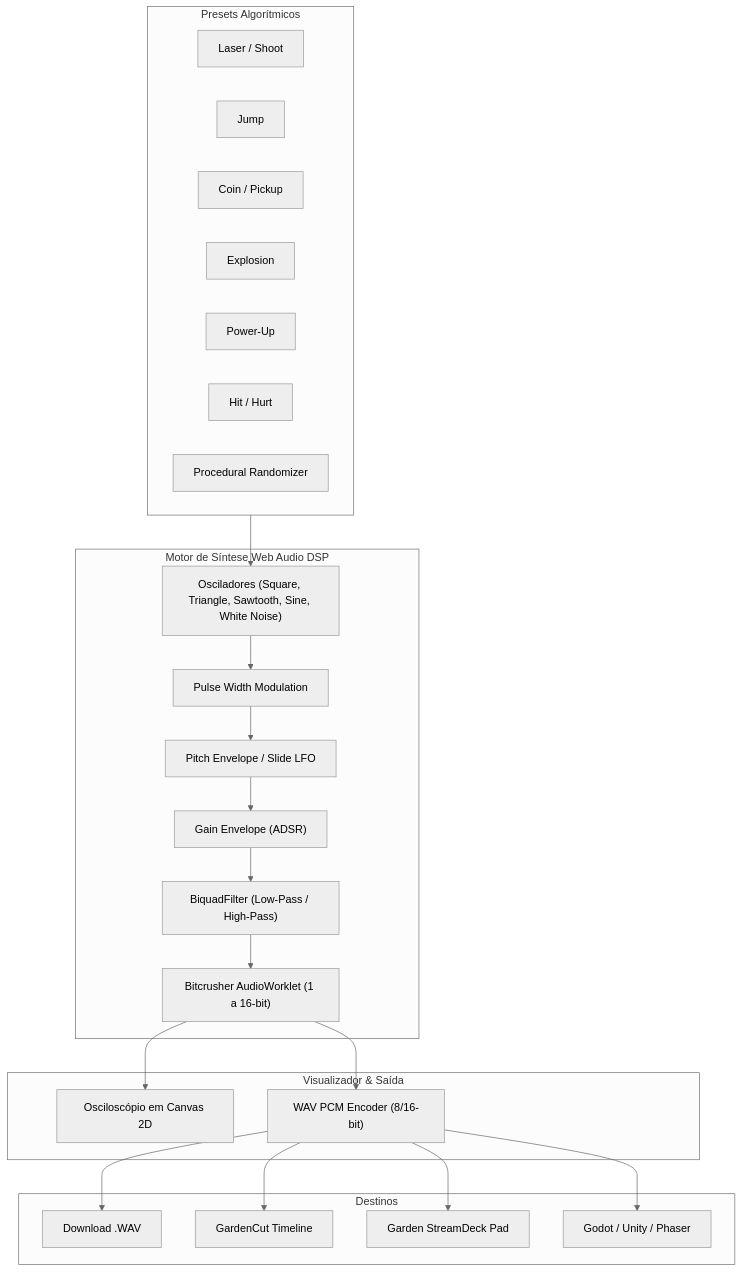
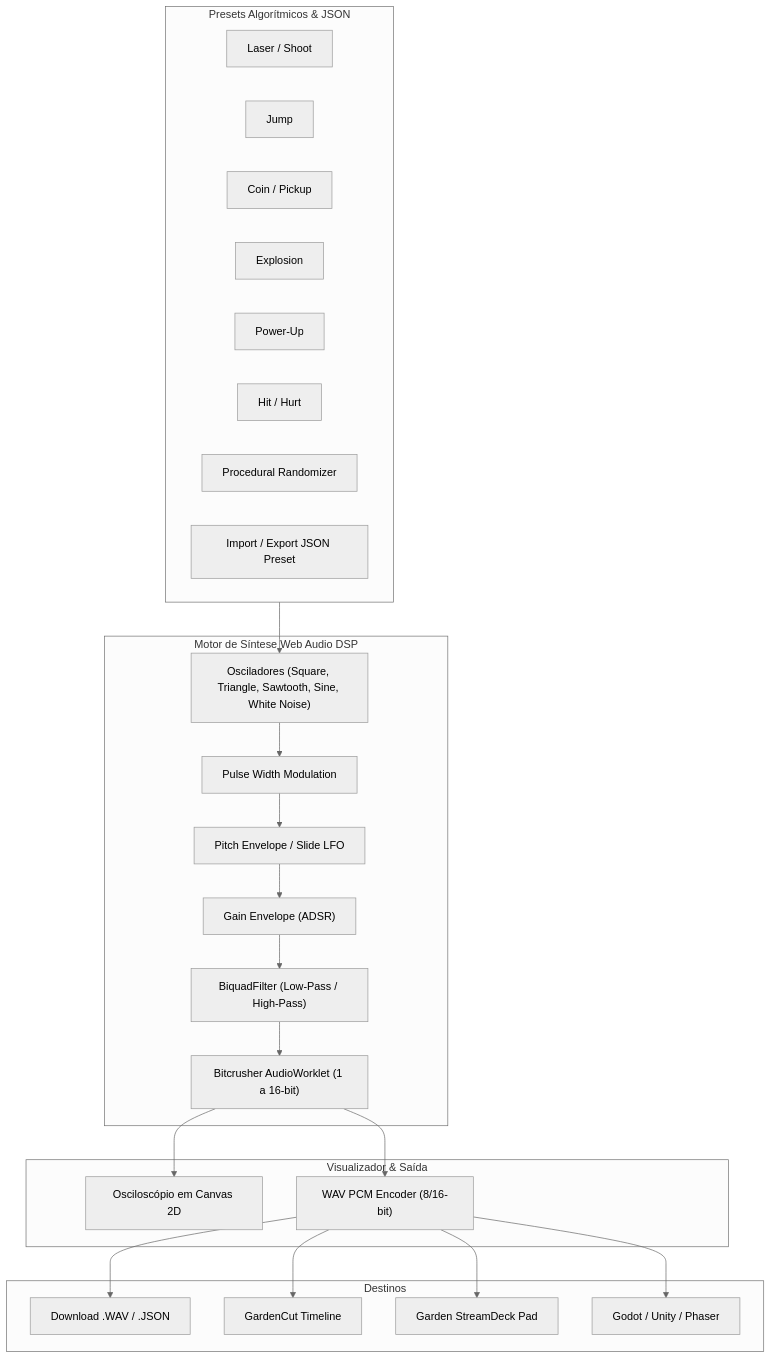
The diagram in README.md (FelipeGardenghiDev/garden-sfx-lab), drawn with Mermaid (neutral theme) before and after one commit. The commit also changed other lines of this file and 5 other files, not shown here.

Commit message:
feat(ci): add unified pages deploy & android apk workflow, add preset json export & import

````diff
--- a/README.md
+++ b/README.md
@@ -44,41 +52,42 @@
 ```mermaid
 flowchart TD
-    subgraph Presets ["Presets Algorítmicos"]
+    subgraph Presets ["Presets Algorítmicos & JSON"]
         LASER["Laser / Shoot"]
         JUMP["Jump"]
         COIN["Coin / Pickup"]
         EXPLODE["Explosion"]
         POWER["Power-Up"]
         HIT["Hit / Hurt"]
         RANDOM["Procedural Randomizer"]
+        JSON_IN["Import / Export JSON Preset"]
     end
 
     subgraph Synth ["Motor de Síntese Web Audio DSP"]
         OSC["Osciladores (Square, Triangle, Sawtooth, Sine, White Noise)"]
         PWM["Pulse Width Modulation"]
         PITCH_SWEEP["Pitch Envelope / Slide LFO"]
         ADSR["Gain Envelope (ADSR)"]
         FILTER["BiquadFilter (Low-Pass / High-Pass)"]
         BITCRUSH["Bitcrusher AudioWorklet (1 a 16-bit)"]
     end
 
     subgraph Visualizer ["Visualizador & Saída"]
         SCOPE["Osciloscópio em Canvas 2D"]
         WAV_ENCODER["WAV PCM Encoder (8/16-bit)"]
     end
 
     subgraph Destination ["Destinos"]
-        FILE["Download .WAV"]
+        FILE["Download .WAV / .JSON"]
         GARDENCUT["GardenCut Timeline"]
         STREAMDECK["Garden StreamDeck Pad"]
         ENGINE["Godot / Unity / Phaser"]
     end
 
     Presets --> OSC --> PWM --> PITCH_SWEEP --> ADSR --> FILTER --> BITCRUSH
     BITCRUSH --> SCOPE
     BITCRUSH --> WAV_ENCODER
     WAV_ENCODER --> FILE
     WAV_ENCODER --> GARDENCUT
     WAV_ENCODER --> STREAMDECK
     WAV_ENCODER --> ENGINE
 ```
````
